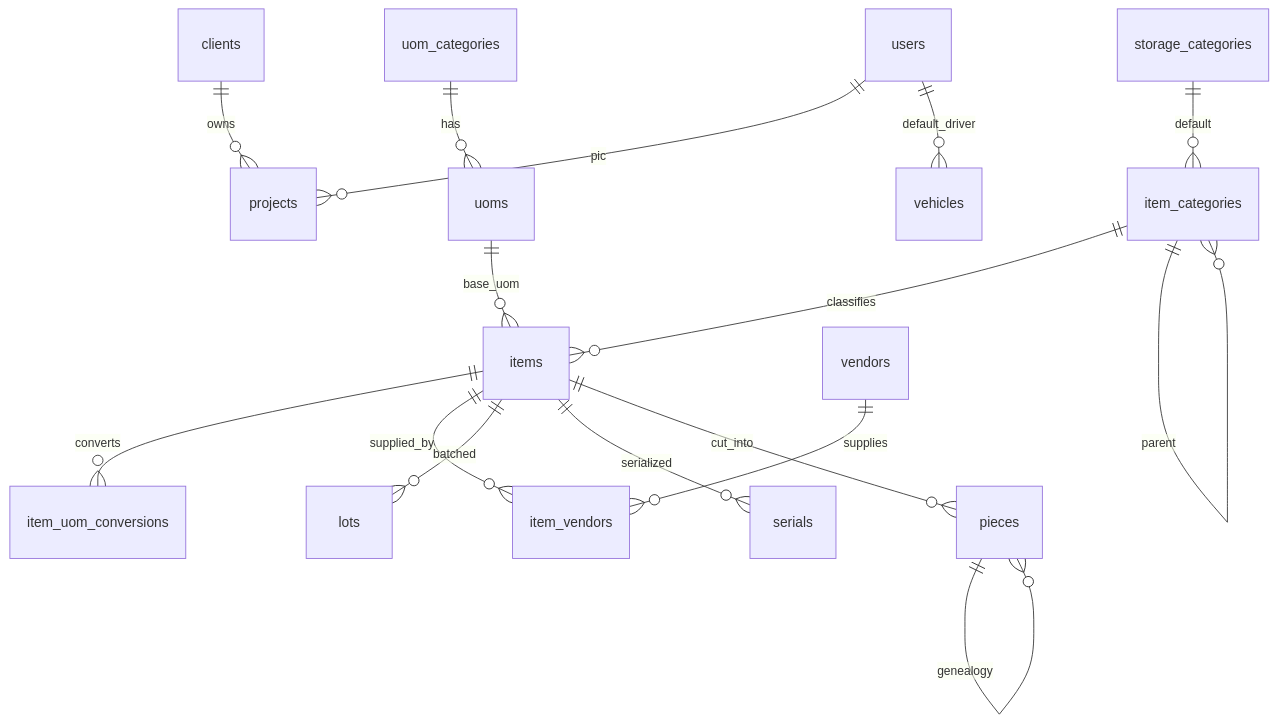
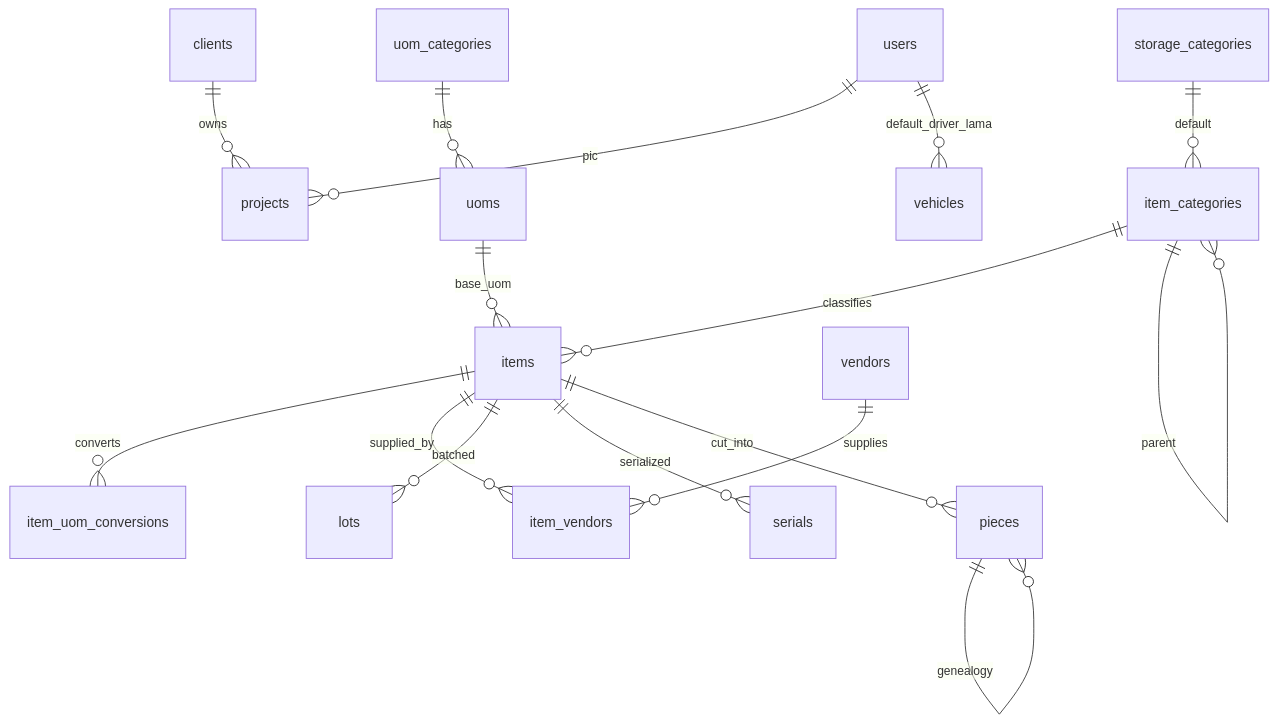
One commit to HengkyDarmawan/wms changed the diagram in docs/wms/11-master.md. Above: the diagram before and after it, drawn with Mermaid. The commit also changed other lines of this file and 168 other files, not shown here.

````diff
--- a/docs/wms/11-master.md
+++ b/docs/wms/11-master.md
@@ -84,18 +84,18 @@
 ```mermaid
 erDiagram
   clients ||--o{ projects : owns
   users ||--o{ projects : pic
   item_categories ||--o{ items : classifies
   item_categories ||--o{ item_categories : parent
   storage_categories ||--o{ item_categories : default
   uom_categories ||--o{ uoms : has
   uoms ||--o{ items : base_uom
   items ||--o{ item_uom_conversions : converts
   items ||--o{ item_vendors : supplied_by
   vendors ||--o{ item_vendors : supplies
   items ||--o{ lots : batched
   items ||--o{ serials : serialized
   items ||--o{ pieces : cut_into
   pieces ||--o{ pieces : genealogy
-  users ||--o{ vehicles : default_driver
+  users ||--o{ vehicles : default_driver_lama
 ```
````
